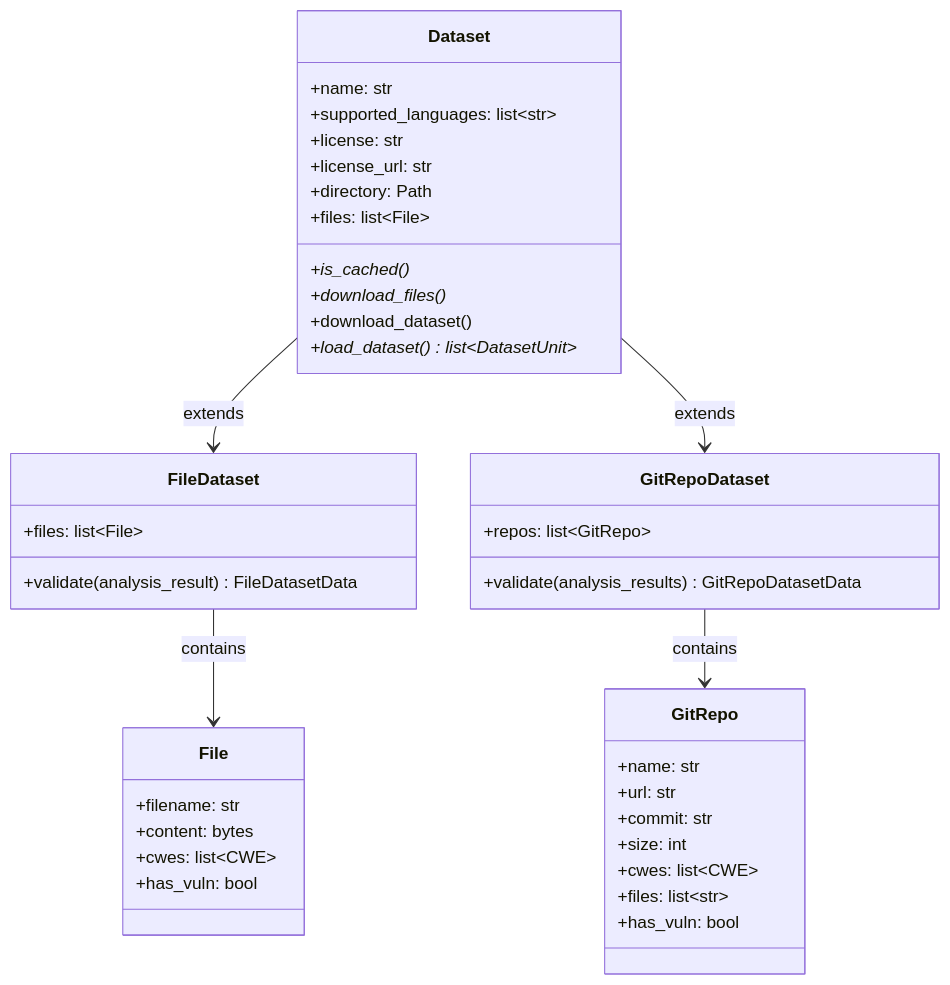
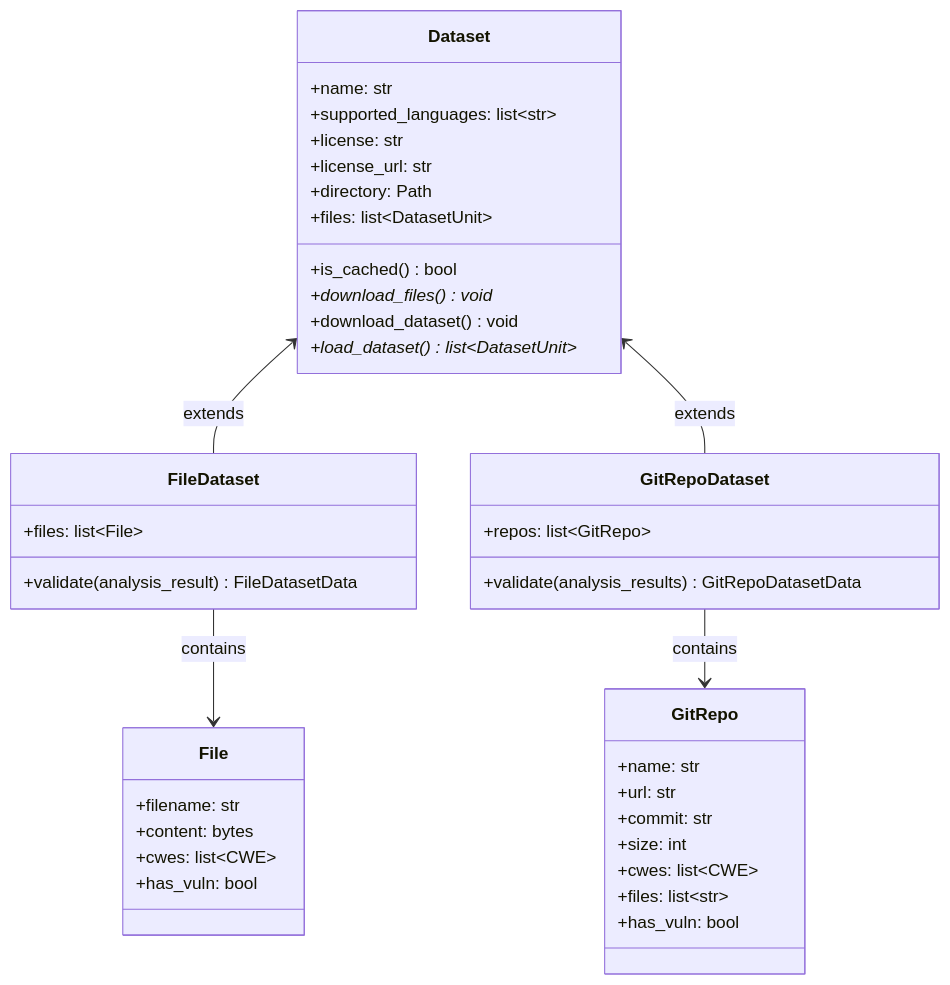
The diagram in docs/dataset/index.md (OPPIDA/CodeSecTools), drawn with Mermaid before and after one commit. The commit also changed 1 other file, not shown here.

Commit message:
docs: update Mermaid class charts

````diff
--- a/docs/dataset/index.md
+++ b/docs/dataset/index.md
@@ -16,42 +16,42 @@
 ```mermaid
 classDiagram
     class Dataset {
         +name: str
         +supported_languages: list~str~
         +license: str
         +license_url: str
         +directory: Path
-        +files: list~File~
-        +is_cached()*
-        +download_files()*
-        +download_dataset()
+        +files: list~DatasetUnit~
+        +is_cached() bool
+        +download_files()* void
+        +download_dataset() void
         +load_dataset()* list~DatasetUnit~
     }
     class FileDataset {
         +files: list~File~
         +validate(analysis_result) FileDatasetData
     }
     class GitRepoDataset {
         +repos: list~GitRepo~
         +validate(analysis_results) GitRepoDatasetData
     }
     class File {
         +filename: str
         +content: bytes
         +cwes: list~CWE~
         +has_vuln: bool
     }
     class GitRepo {
         +name: str
         +url: str
         +commit: str
         +size: int
         +cwes: list~CWE~
         +files: list~str~
         +has_vuln: bool
     }
-    Dataset --> FileDataset : extends
-    Dataset --> GitRepoDataset : extends
+    Dataset <-- FileDataset : extends
+    Dataset <-- GitRepoDataset : extends
     FileDataset --> File : contains
     GitRepoDataset --> GitRepo : contains
 ```
````
